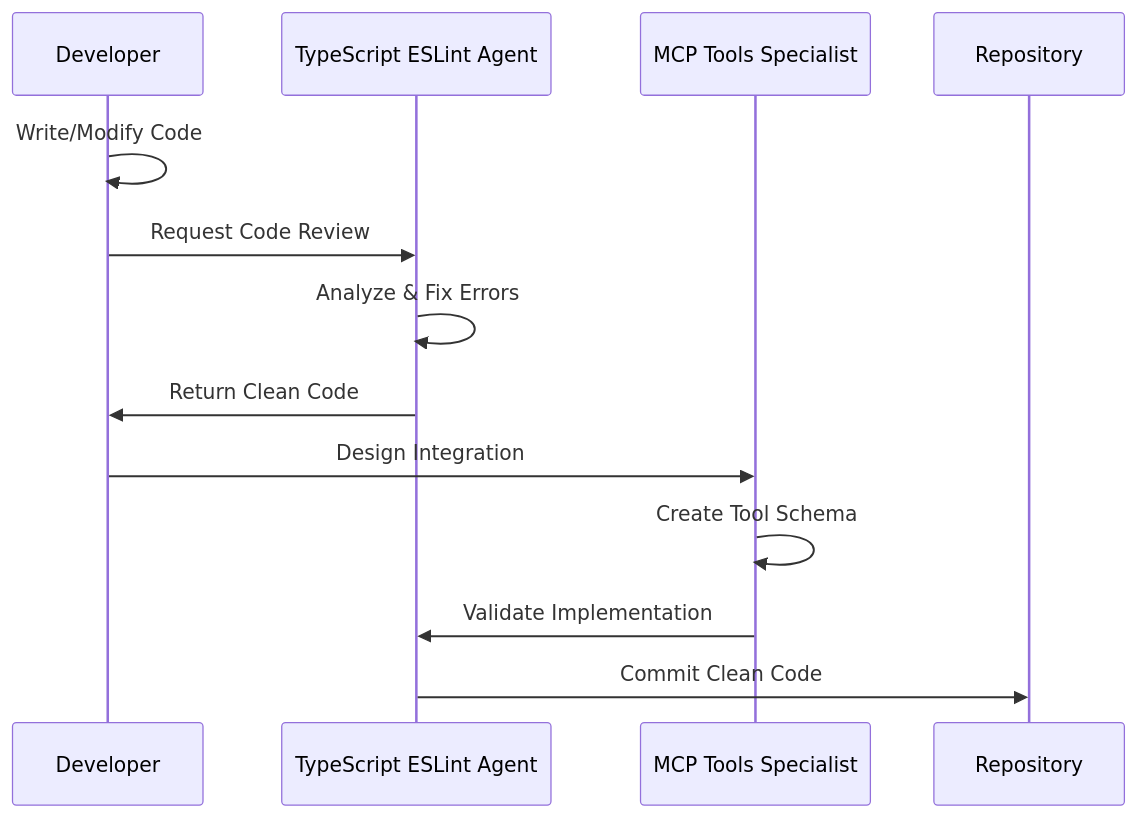
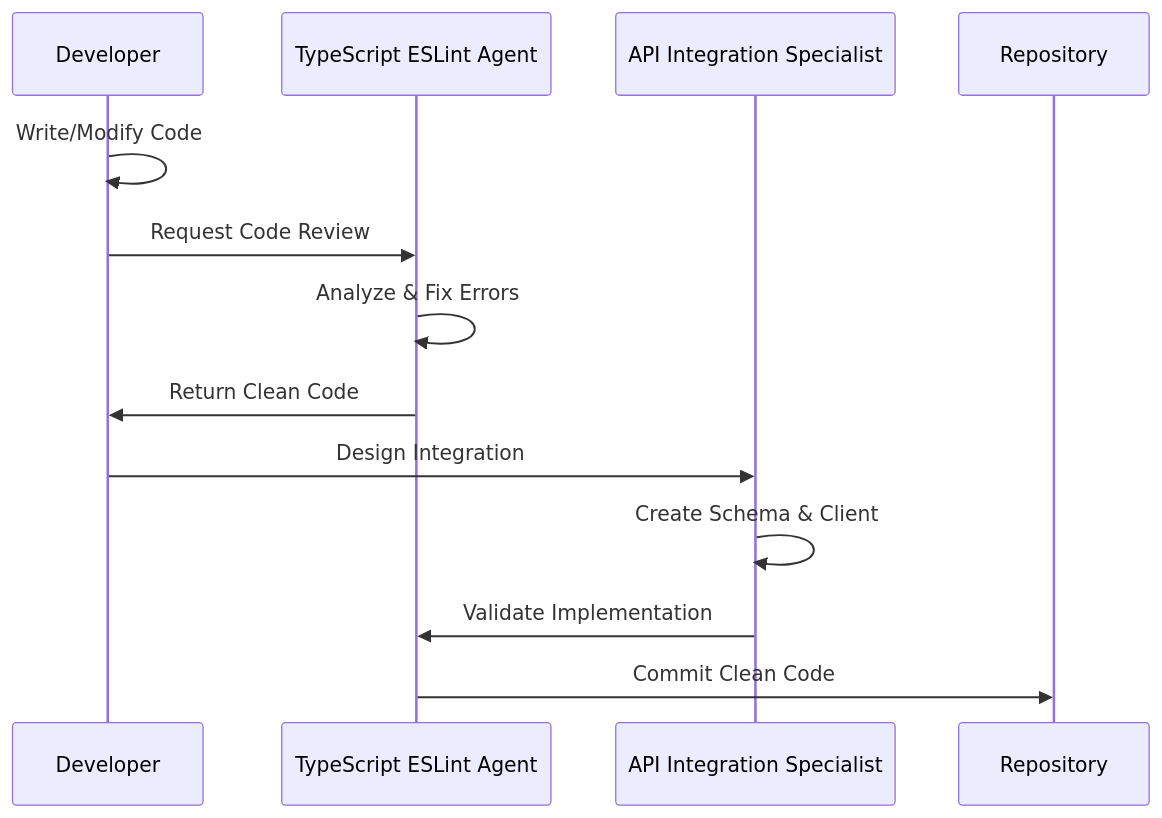
Before and after one commit to missgemma415/work-payroll-project: the first of 3 diagrams in ProjectContextEngineering.md, drawn with Mermaid. The commit also changed other lines of this file and 95 other files, not shown here.

````diff
--- a/ProjectContextEngineering.md
+++ b/ProjectContextEngineering.md
@@ -580,17 +580,17 @@
 ```mermaid
 sequenceDiagram
     participant Dev as Developer
     participant TSE as TypeScript ESLint Agent
-    participant MCP as MCP Tools Specialist
+    participant API as API Integration Specialist
     participant Repo as Repository
 
     Dev->>Dev: Write/Modify Code
     Dev->>TSE: Request Code Review
     TSE->>TSE: Analyze & Fix Errors
     TSE->>Dev: Return Clean Code
 
-    Dev->>MCP: Design Integration
-    MCP->>MCP: Create Tool Schema
-    MCP->>TSE: Validate Implementation
+    Dev->>API: Design Integration
+    API->>API: Create Schema & Client
+    API->>TSE: Validate Implementation
     TSE->>Repo: Commit Clean Code
 ```
````
